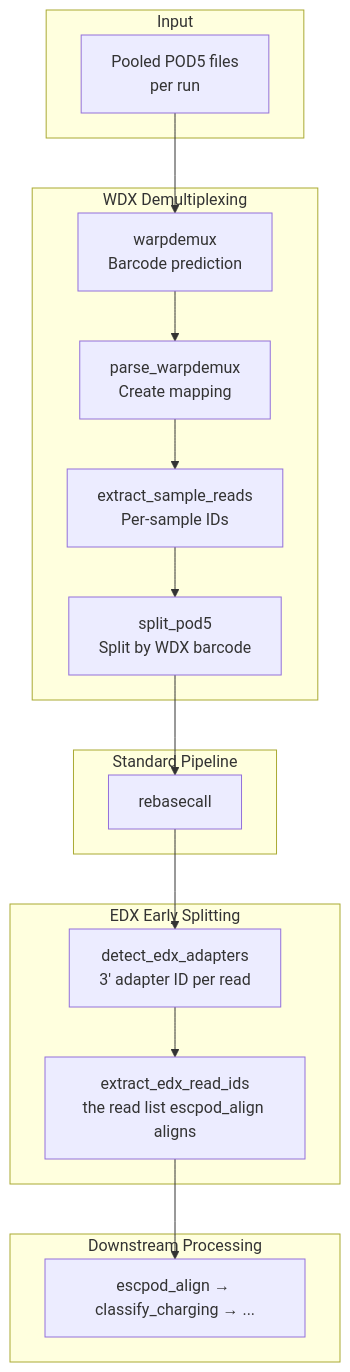
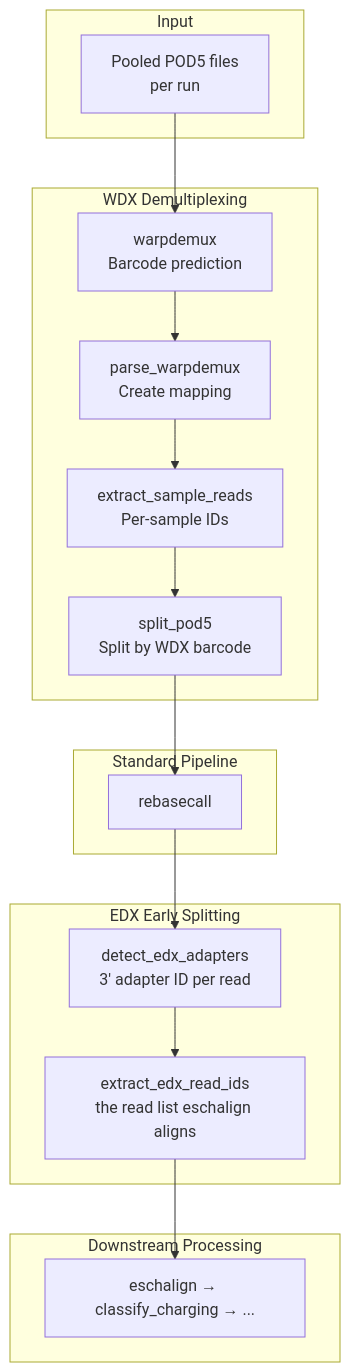
One commit to rnabioco/aa-tRNA-seq-pipeline changed the third of 4 diagrams in docs/workflow/overview.md. Above: the diagram before and after it, drawn with Mermaid. The commit also changed other lines of this file and 37 other files, not shown here.

First line of the commit message:
feat(align): migrate alignment from escpod align to eschalign (#203)

````diff
--- a/docs/workflow/overview.md
+++ b/docs/workflow/overview.md
@@ -98,29 +98,29 @@
 ```mermaid
 flowchart TB
     subgraph Input
         A[Pooled POD5 files<br/>per run]
     end
 
     subgraph WDX[WDX Demultiplexing]
         B[warpdemux<br/>Barcode prediction]
         C[parse_warpdemux<br/>Create mapping]
         D[extract_sample_reads<br/>Per-sample IDs]
         E[split_pod5<br/>Split by WDX barcode]
     end
 
     subgraph Standard[Standard Pipeline]
         F[rebasecall]
     end
 
     subgraph EDX[EDX Early Splitting]
         G[detect_edx_adapters<br/>3' adapter ID per read]
-        H[extract_edx_read_ids<br/>the read list escpod_align aligns]
+        H[extract_edx_read_ids<br/>the read list eschalign aligns]
     end
 
     subgraph Downstream[Downstream Processing]
-        K[escpod_align → classify_charging → ...]
+        K[eschalign → classify_charging → ...]
     end
 
     A --> B --> C --> D --> E --> F --> G --> H
     H --> K
 ```
````
